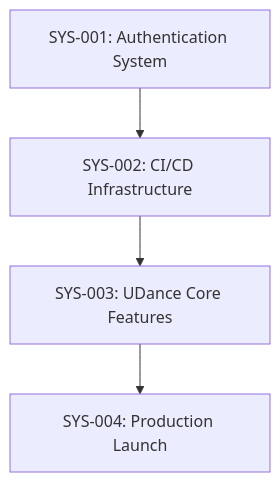
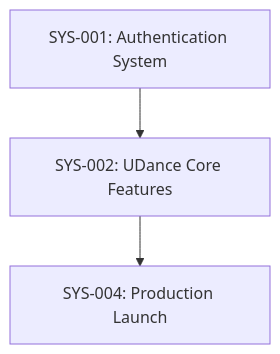
Before and after one commit to josefermoso/udance-monorepo: the diagram in memory-bank/tasks.md, drawn with Mermaid. The commit also changed other lines of this file and 69 other files, not shown here.

First line of the commit message:
feat: Complete monorepo migration and multi-app architecture

````diff
--- a/memory-bank/tasks.md
+++ b/memory-bank/tasks.md
@@ -524,6 +282,5 @@
 ```mermaid
 graph TD
-    SYS001[SYS-001: Authentication System] --> SYS002[SYS-002: CI/CD Infrastructure]
-    SYS002 --> SYS003[SYS-003: UDance Core Features]
-    SYS003 --> SYS004[SYS-004: Production Launch]
+    SYS001[SYS-001: Authentication System] --> SYS002[SYS-002: UDance Core Features]
+    SYS002 --> SYS004[SYS-004: Production Launch]
 ```
````
